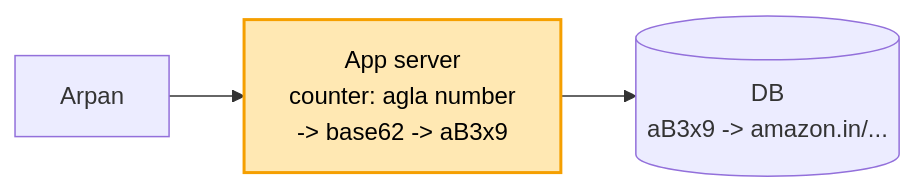
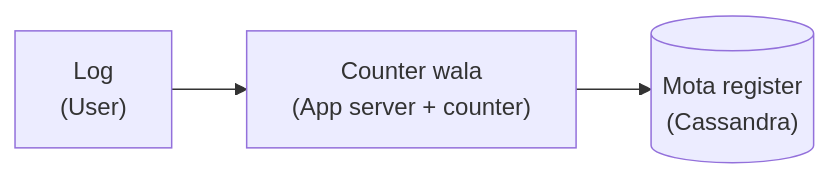
Before and after one commit to ArpanMaheshwari144/Prep: the first of 4 diagrams in 04_HLD/SYSTEM_DESIGNS/01_url_shortener/01_url_shortener.md, drawn with Mermaid. The commit also changed other lines of this file and 13 other files, not shown here.

````diff
--- a/04_HLD/SYSTEM_DESIGNS/01_url_shortener/01_url_shortener.md
+++ b/04_HLD/SYSTEM_DESIGNS/01_url_shortener/01_url_shortener.md
@@ -98,6 +36,5 @@
 ```mermaid
 flowchart LR
-    U["Arpan"] --> S["App server<br/>counter: agla number<br/>-> base62 -> aB3x9"]
-    S --> D[("DB<br/>aB3x9 -> amazon.in/...")]
-    style S fill:#ffe8b3,stroke:#f59f00,stroke-width:2px,color:#000
+    U["Log<br/>(User)"] --> C["Counter wala<br/>(App server + counter)"]
+    C --> D[("Mota register<br/>(Cassandra)")]
 ```
````
